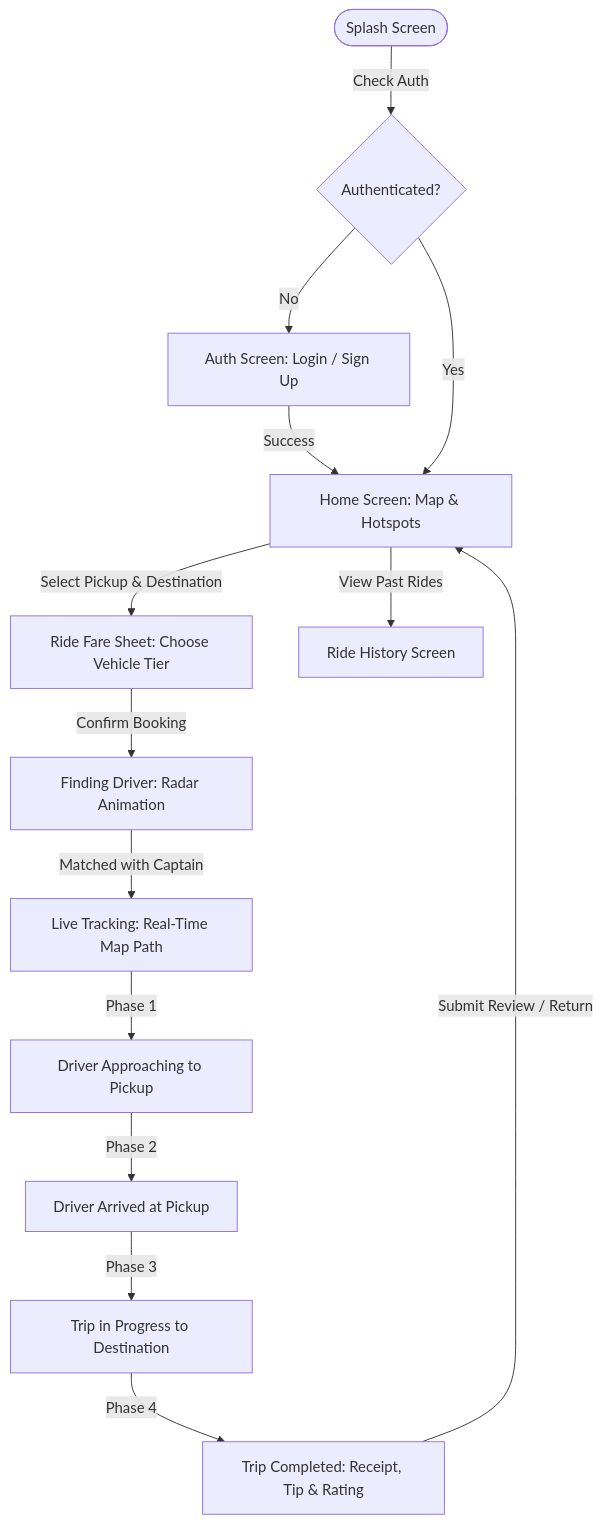
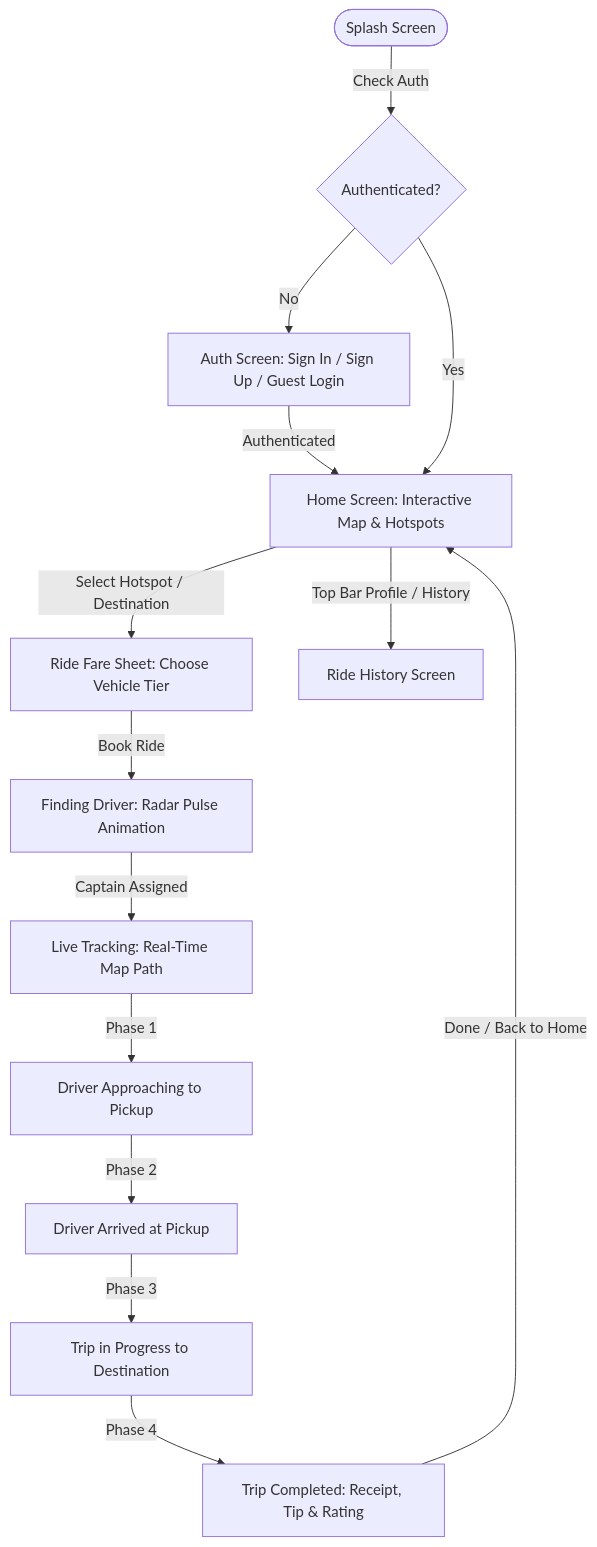
The diagram in README.md (rohith18n/vybecabs_assignment), drawn with Mermaid before and after one commit. The commit also changed other lines of this file, not shown here.

````diff
--- a/README.md
+++ b/README.md
@@ -67,16 +52,16 @@
 ```mermaid
 flowchart TD
     A([Splash Screen]) -->|Check Auth| B{Authenticated?}
-    B -->|No| C[Auth Screen: Login / Sign Up]
-    C -->|Success| D[Home Screen: Map & Hotspots]
+    B -->|No| C[Auth Screen: Sign In / Sign Up / Guest Login]
+    C -->|Authenticated| D[Home Screen: Interactive Map & Hotspots]
     B -->|Yes| D
-    D -->|Select Pickup & Destination| E[Ride Fare Sheet: Choose Vehicle Tier]
-    E -->|Confirm Booking| F[Finding Driver: Radar Animation]
-    F -->|Matched with Captain| G[Live Tracking: Real-Time Map Path]
+    D -->|Select Hotspot / Destination| E[Ride Fare Sheet: Choose Vehicle Tier]
+    E -->|Book Ride| F[Finding Driver: Radar Pulse Animation]
+    F -->|Captain Assigned| G[Live Tracking: Real-Time Map Path]
     G -->|Phase 1| G1[Driver Approaching to Pickup]
     G1 -->|Phase 2| G2[Driver Arrived at Pickup]
     G2 -->|Phase 3| G3[Trip in Progress to Destination]
     G3 -->|Phase 4| H[Trip Completed: Receipt, Tip & Rating]
-    H -->|Submit Review / Return| D
-    D -->|View Past Rides| I[Ride History Screen]
+    H -->|Done / Back to Home| D
+    D -->|Top Bar Profile / History| I[Ride History Screen]
 ```
````
